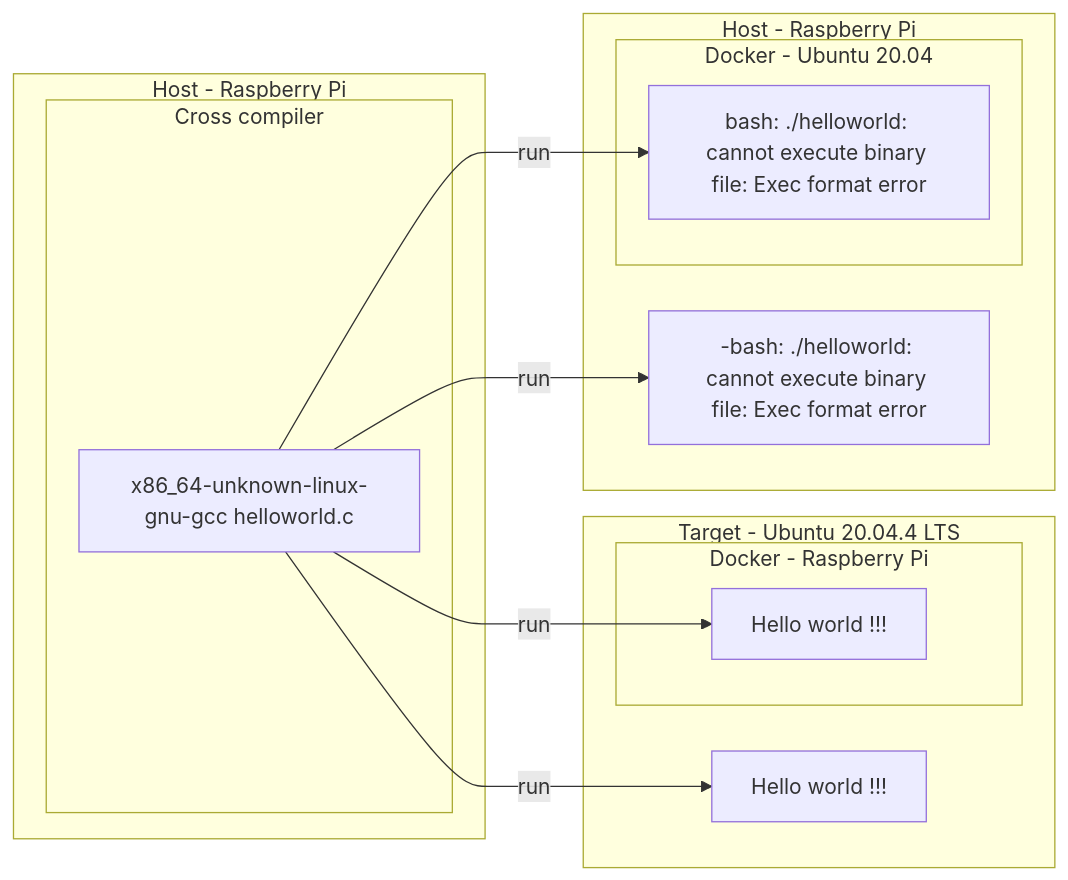
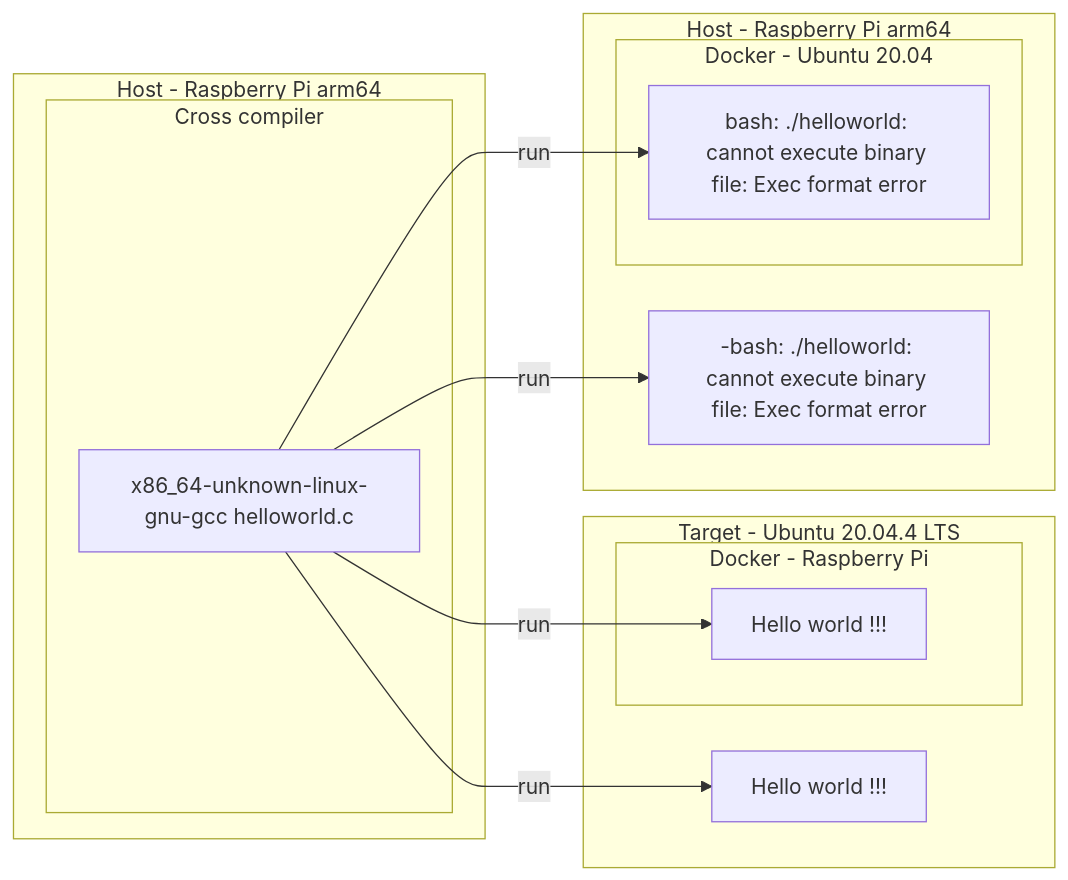
One commit to lankahsu520/CrossCompilationX changed the fourth of 7 diagrams in README.md. Above: the diagram before and after it, drawn with Mermaid. The commit also changed other lines of this file, not shown here.

````diff
--- a/README.md
+++ b/README.md
@@ -172,30 +196,30 @@
 ```mermaid
 flowchart LR
-	subgraph Host[Host - Raspberry Pi]
+	subgraph Host[Host - Raspberry Pi arm64]
 		subgraph Cross[Cross compiler]
 			gcc[x86_64-unknown-linux-gnu-gcc helloworld.c]
 		end
 	end
 
 	subgraph Target[Target - Ubuntu 20.04.4 LTS]
 		helloworld_run_ubuntu[Hello world !!!]
 		subgraph DockerUbuntuPI[Docker - Raspberry Pi]
 			helloworld_run_ubuntu_pi_docker[Hello world !!!]
 		end
 	end
 
 
-	subgraph HostA[Host - Raspberry Pi]
+	subgraph HostA[Host - Raspberry Pi arm64]
 		helloworld_run_host[-bash: ./helloworld: cannot execute binary file: Exec format error]
 		subgraph DockerAU2004[Docker - Ubuntu 20.04]
 			helloworld_run_AU2004_docker[bash: ./helloworld: cannot execute binary file: Exec format error]
 		end
   end
 	
 	gcc --> |run|helloworld_run_host
 	gcc --> |run|helloworld_run_AU2004_docker
 
 	gcc --> |run|helloworld_run_ubuntu
 	gcc --> |run|helloworld_run_ubuntu_pi_docker
 	
 ```
````
